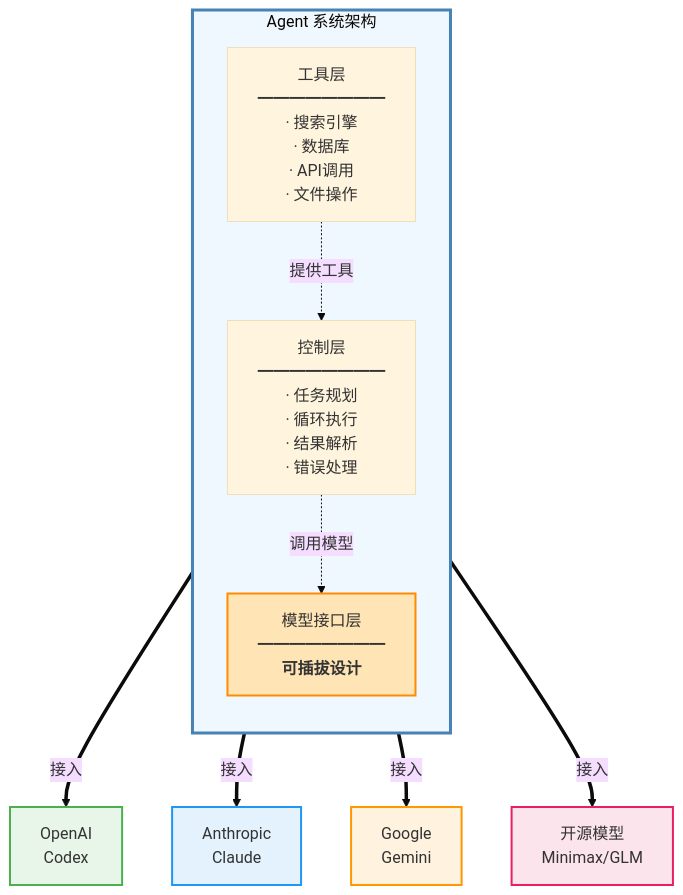
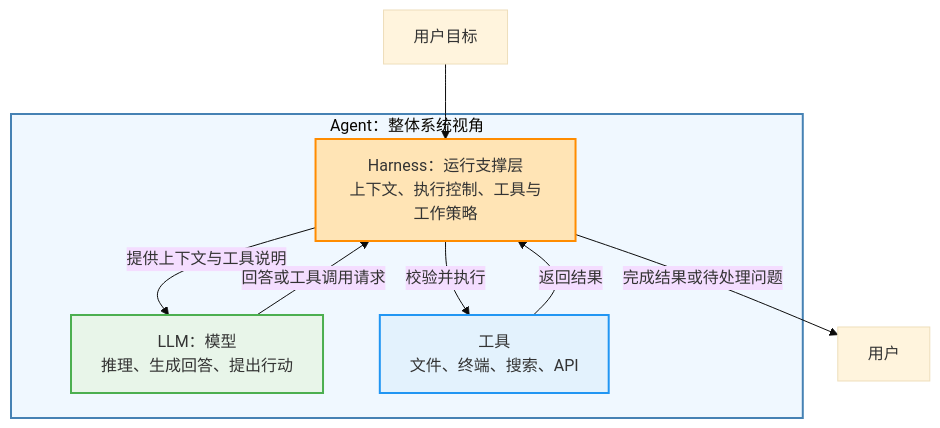
The diagram in docs/Y3AI开发教程/01-AI相关专业名称释义.md (BAIMOoo/Y3-Share-Website), drawn with Mermaid (base theme) before and after one commit. The commit also changed other lines of this file and 81 other files, not shown here.

````diff
--- a/docs/Y3AI开发教程/01-AI相关专业名称释义.md
+++ b/docs/Y3AI开发教程/01-AI相关专业名称释义.md
@@ -189,24 +159,18 @@
 ```mermaid
 graph TB
-    subgraph Agent["Agent 系统架构"]
-        direction TB
-        A["工具层<br/>━━━━━━━━<br/>· 搜索引擎<br/>· 数据库<br/>· API调用<br/>· 文件操作"]
-        B["控制层<br/>━━━━━━━━<br/>· 任务规划<br/>· 循环执行<br/>· 结果解析<br/>· 错误处理"]
-        C["模型接口层<br/>━━━━━━━━<br/><b>可插拔设计</b>"]
-        
-        A -.提供工具.-> B
-        B -.调用模型.-> C
+    U["用户目标"] --> H
+    subgraph Agent["Agent：整体系统视角"]
+        H["Harness：运行支撑层<br/>上下文、执行控制、工具与工作策略"]
+        M["LLM：模型<br/>推理、生成回答、提出行动"]
+        T["工具<br/>文件、终端、搜索、API"]
+        H -->|提供上下文与工具说明| M
+        M -->|回答或工具调用请求| H
+        H -->|校验并执行| T
+        T -->|返回结果| H
     end
-    
-    C ==>|接入| D["OpenAI<br/>Codex"]
-    C ==>|接入| E["Anthropic<br/>Claude"]
-    C ==>|接入| F["Google<br/>Gemini"]
-    C ==>|接入| G["开源模型<br/>Minimax/GLM"]
-    
-    style Agent fill:#f0f8ff,stroke:#4682b4,stroke-width:3px
-    style C fill:#ffe4b5,stroke:#ff8c00,stroke-width:2px
-    style D fill:#e8f5e9,stroke:#4caf50,stroke-width:2px
-    style E fill:#e3f2fd,stroke:#2196f3,stroke-width:2px
-    style F fill:#fff3e0,stroke:#ff9800,stroke-width:2px
-    style G fill:#fce4ec,stroke:#e91e63,stroke-width:2px
+    H -->|完成结果或待处理问题| R["用户"]
+    style Agent fill:#f0f8ff,stroke:#4682b4,stroke-width:2px
+    style H fill:#ffe4b5,stroke:#ff8c00,stroke-width:2px
+    style M fill:#e8f5e9,stroke:#4caf50,stroke-width:2px
+    style T fill:#e3f2fd,stroke:#2196f3,stroke-width:2px
 ```
````
